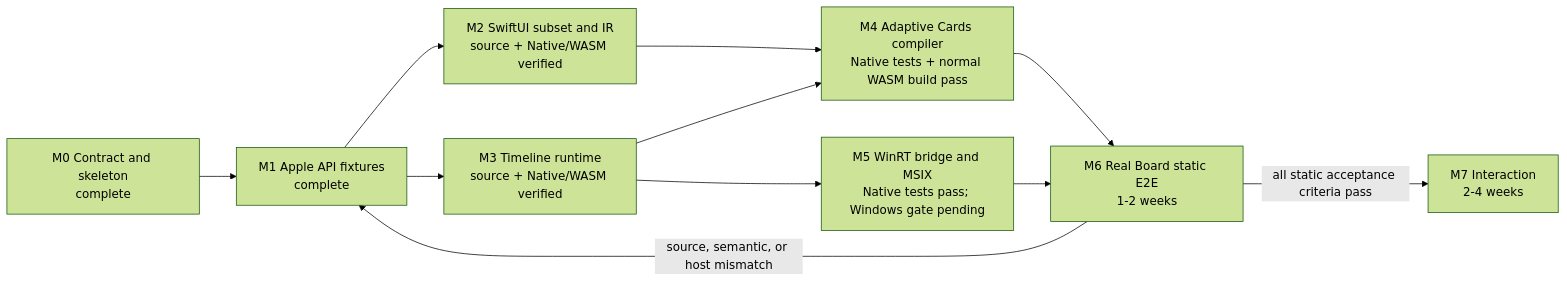
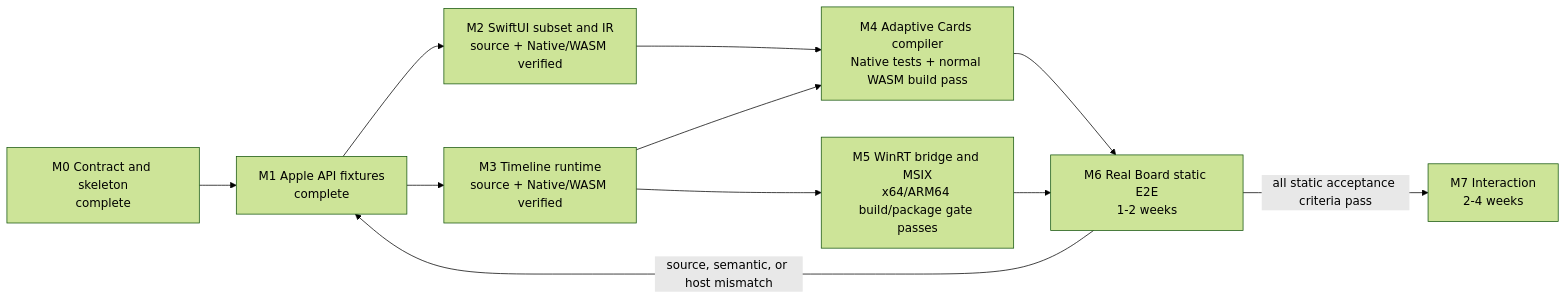
One commit to 1amageek/OpenWidgetKit changed the diagram in IMPLEMENTATION_PROGRESS.md. Above: the diagram before and after it, drawn with Mermaid (forest theme). The commit also changed other lines of this file and 6 other files, not shown here.

````diff
--- a/IMPLEMENTATION_PROGRESS.md
+++ b/IMPLEMENTATION_PROGRESS.md
@@ -68,22 +72,22 @@
 ```mermaid
 flowchart LR
     M0["M0 Contract and skeleton<br/>complete"]
     M1["M1 Apple API fixtures<br/>complete"]
     M2["M2 SwiftUI subset and IR<br/>source + Native/WASM verified"]
     M3["M3 Timeline runtime<br/>source + Native/WASM verified"]
     M4["M4 Adaptive Cards compiler<br/>Native tests + normal WASM build pass"]
-    M5["M5 WinRT bridge and MSIX<br/>Native tests pass; Windows gate pending"]
+    M5["M5 WinRT bridge and MSIX<br/>x64/ARM64 build/package gate passes"]
     M6["M6 Real Board static E2E<br/>1-2 weeks"]
     M7["M7 Interaction<br/>2-4 weeks"]
 
     M0 --> M1
     M1 --> M2
     M1 --> M3
     M2 --> M4
     M3 --> M4
     M3 --> M5
     M4 --> M6
     M5 --> M6
     M6 -->|source, semantic, or host mismatch| M1
     M6 -->|all static acceptance criteria pass| M7
 ```
````
